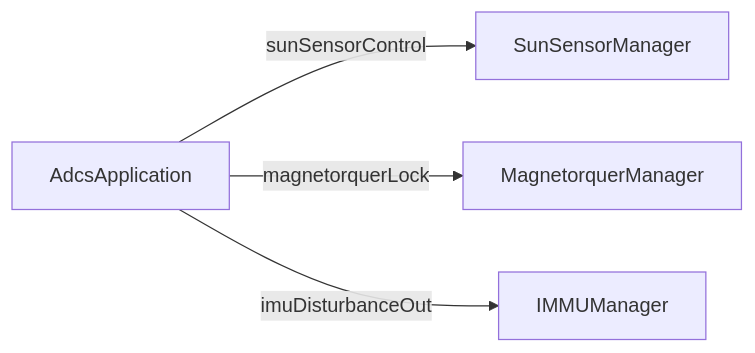
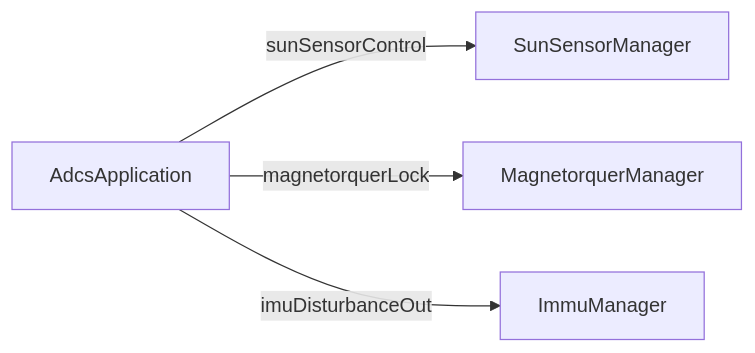
The fourth of 4 diagrams in docs/Adcs/AdcsApplication.md (UWCubeSat/hs2-software-design), drawn with Mermaid before and after one commit. The commit also changed other lines of this file and 14 other files, not shown here.

Commit message:
docs: resolve diagram and naming conflicts

````diff
--- a/docs/Adcs/AdcsApplication.md
+++ b/docs/Adcs/AdcsApplication.md
@@ -181,6 +181,6 @@
 ```mermaid
 flowchart LR
     App["AdcsApplication"] -->|sunSensorControl| Sun["SunSensorManager"]
     App -->|magnetorquerLock| Mtq["MagnetorquerManager"]
-    App -->|imuDisturbanceOut| Imu["IMMUManager"]
+    App -->|imuDisturbanceOut| Imu["ImmuManager"]
 ```
````
